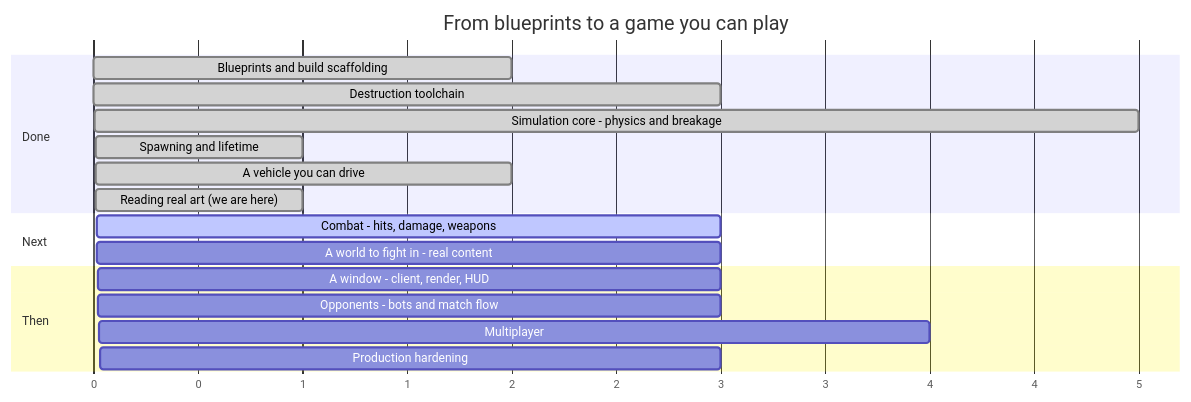
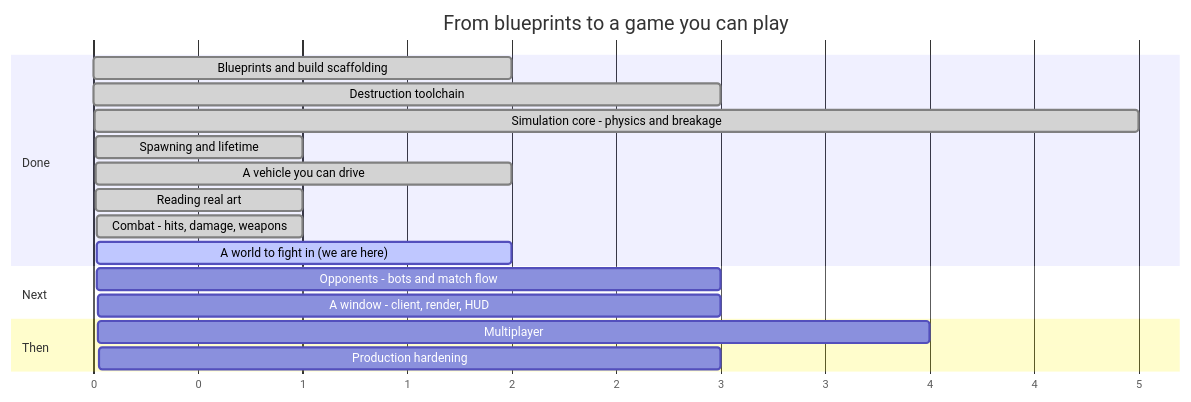
One commit to RobLobsta/Syndicate changed the diagram in ROADMAP.md. Above: the diagram before and after it, drawn with Mermaid. The commit also changed other lines of this file and 14 other files, not shown here.

````diff
--- a/ROADMAP.md
+++ b/ROADMAP.md
@@ -17,24 +17,24 @@
 ```mermaid
 gantt
     title From blueprints to a game you can play
     dateFormat X
     axisFormat %s
 
     section Done
     Blueprints and build scaffolding        :done, p0, 0, 2
     Destruction toolchain                   :done, p1, 2, 3
     Simulation core - physics and breakage   :done, p2, 5, 5
     Spawning and lifetime                   :done, p3, 10, 1
     A vehicle you can drive                 :done, p4, 11, 2
-    Reading real art  (we are here)         :done, p6a, 13, 1
+    Reading real art                        :done, p6a, 13, 1
+    Combat - hits, damage, weapons          :done, p5, 14, 1
+    A world to fight in  (we are here)      :active, p6, 15, 2
 
     section Next
-    Combat - hits, damage, weapons          :active, p5, 14, 3
-    A world to fight in - real content      :p6, 17, 3
+    Opponents - bots and match flow         :p8, 17, 3
+    A window - client, render, HUD          :p7, 20, 3
 
     section Then
-    A window - client, render, HUD          :p7, 19, 3
-    Opponents - bots and match flow         :p8, 22, 3
-    Multiplayer                             :p9, 25, 4
-    Production hardening                    :p10, 29, 3
+    Multiplayer                             :p9, 23, 4
+    Production hardening                    :p10, 27, 3
 ```
````
